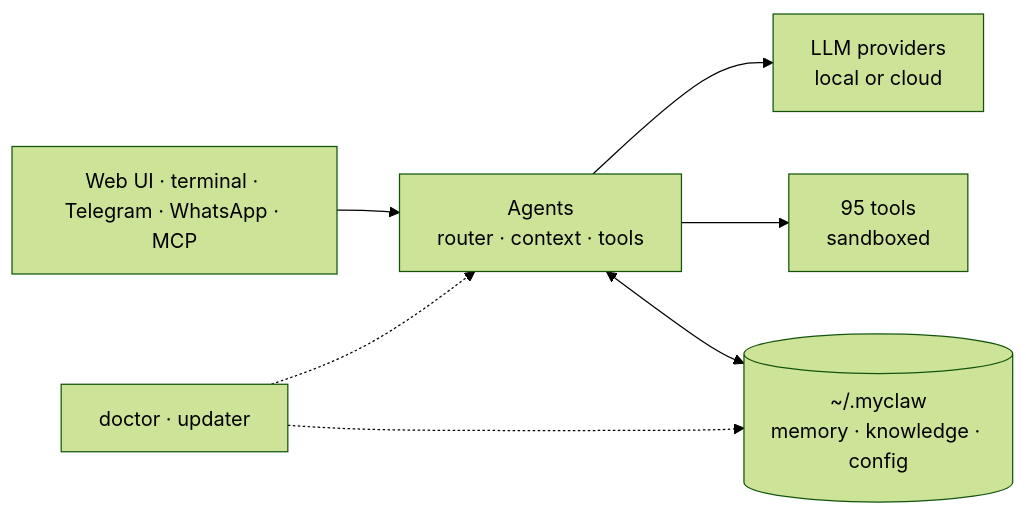
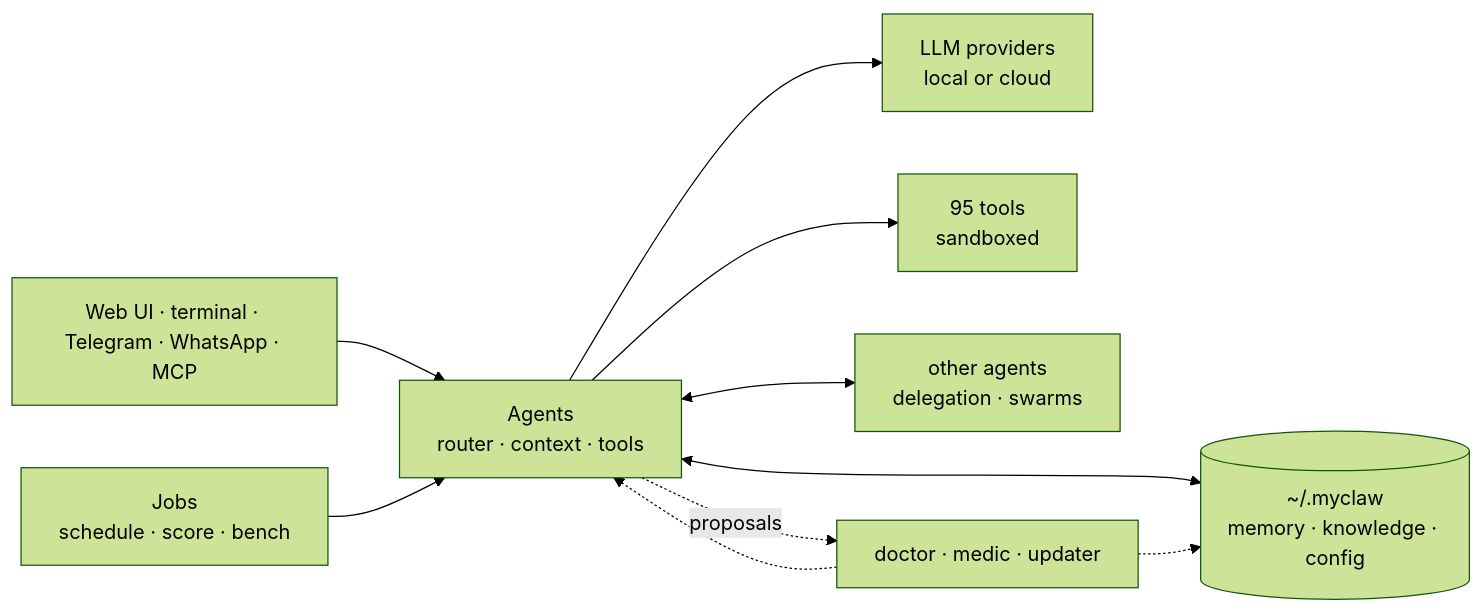
The diagram in README.md (adrianx26/zensynora), drawn with Mermaid (forest theme) before and after one commit. The commit also changed other lines of this file and 86 other files, not shown here.

````diff
--- a/README.md
+++ b/README.md
@@ -153,8 +174,11 @@
 ```mermaid
 flowchart LR
     ui["Web UI · terminal · Telegram · WhatsApp · MCP"] --> agent["Agents<br/>router · context · tools"]
     agent --> llm["LLM providers<br/>local or cloud"]
     agent --> tools["95 tools<br/>sandboxed"]
     agent <--> state[("~/.myclaw<br/>memory · knowledge · config")]
-    ops["doctor · updater"] -.-> agent & state
+    agent <--> agent2["other agents<br/>delegation · swarms"]
+    jobs["Jobs<br/>schedule · score · bench"] --> agent
+    ops["doctor · medic · updater"] -.-> agent & state
+    agent -. proposals .-> ops
 ```
````
